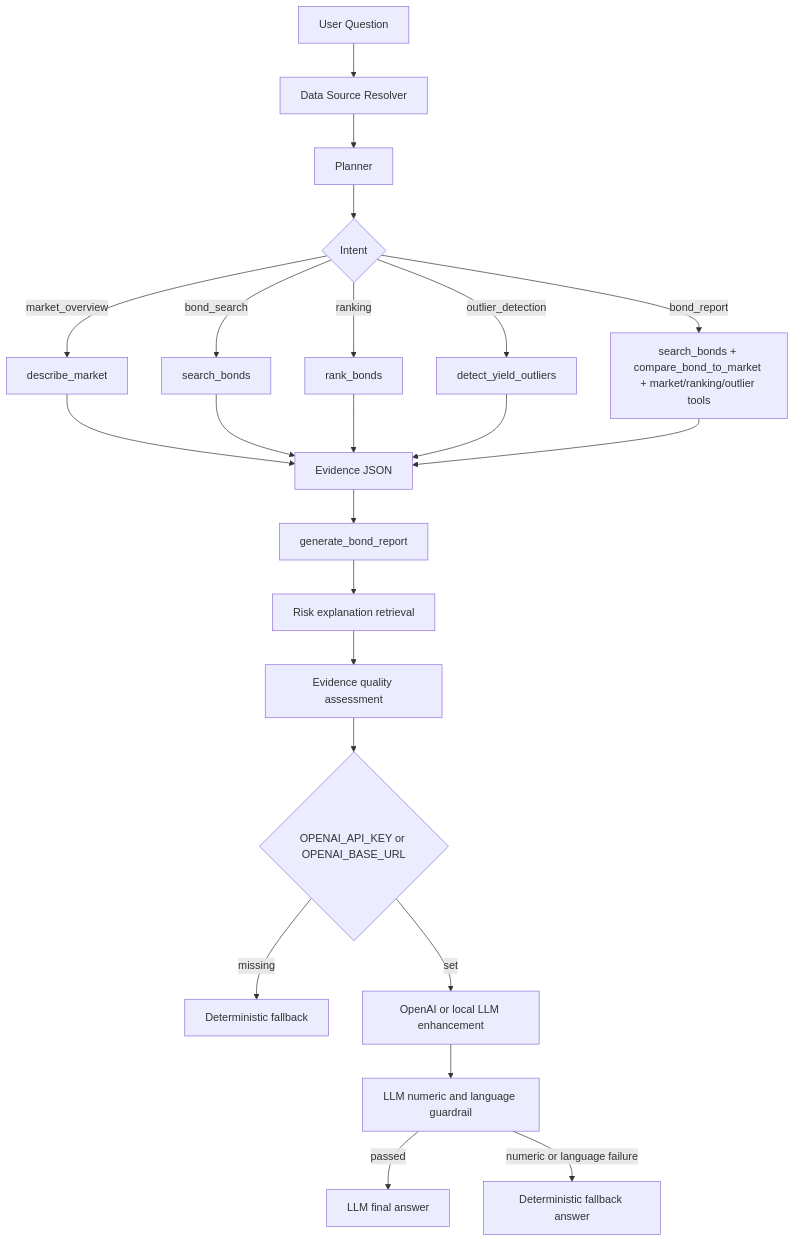
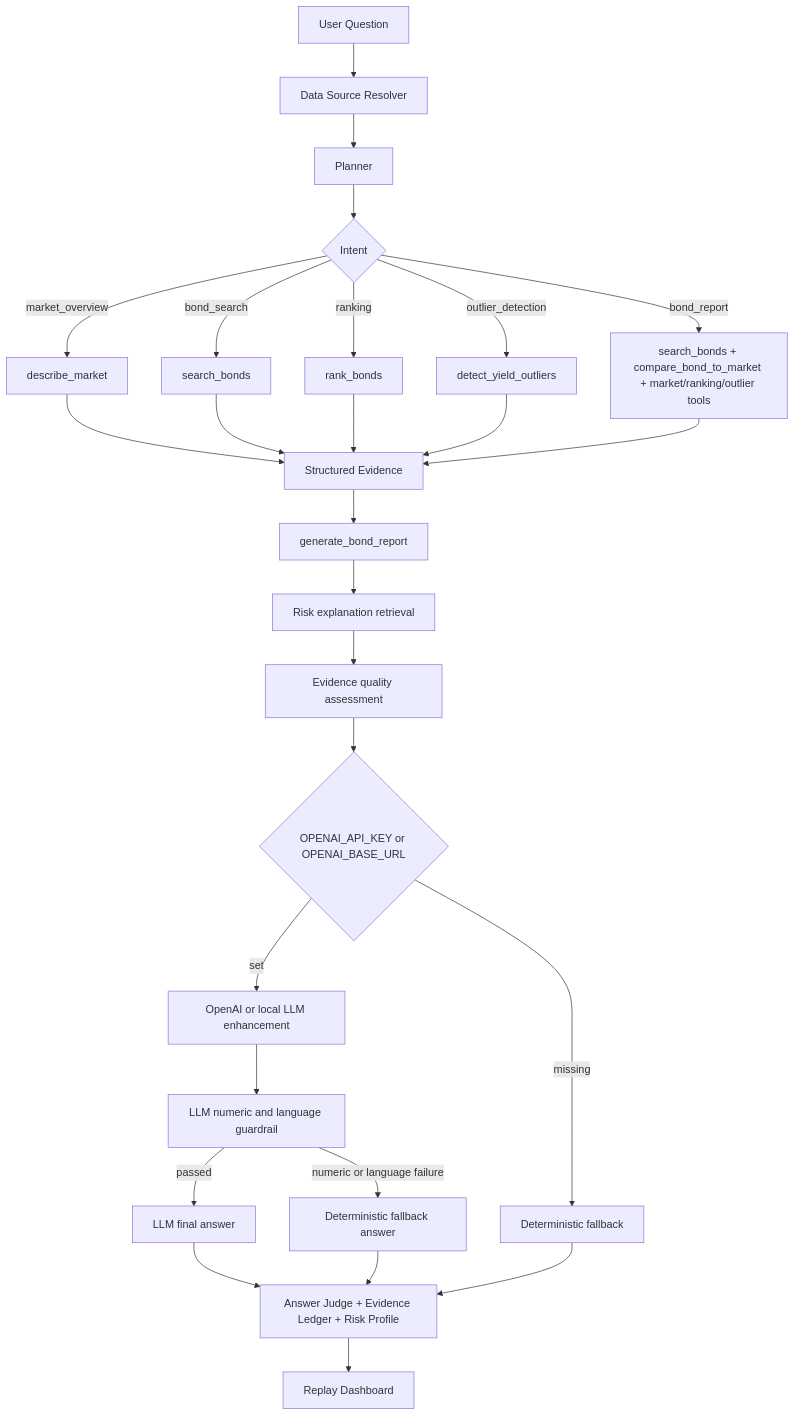
The diagram in README.md (Phoenix0531-sudo/bondlens-ai), drawn with Mermaid before and after one commit. The commit also changed other lines of this file and 21 other files, not shown here.

Commit message:
Add evidence ledger replay and risk profile

````diff
--- a/README.md
+++ b/README.md
@@ -74,25 +80,29 @@
 ```mermaid
 flowchart TD
     A[User Question] --> B[Data Source Resolver]
     B --> C[Planner]
     C --> D{Intent}
     D -->|market_overview| E[describe_market]
     D -->|bond_search| F[search_bonds]
     D -->|ranking| G[rank_bonds]
     D -->|outlier_detection| H[detect_yield_outliers]
     D -->|bond_report| I[search_bonds + compare_bond_to_market + market/ranking/outlier tools]
-    E --> J[Evidence JSON]
+    E --> J[Structured Evidence]
     F --> J
     G --> J
     H --> J
     I --> J
     J --> K[generate_bond_report]
     K --> L[Risk explanation retrieval]
     L --> M[Evidence quality assessment]
     M --> N{OPENAI_API_KEY or OPENAI_BASE_URL}
     N -->|missing| O[Deterministic fallback]
     N -->|set| P[OpenAI or local LLM enhancement]
     P --> Q[LLM numeric and language guardrail]
     Q -->|passed| R[LLM final answer]
     Q -->|numeric or language failure| S[Deterministic fallback answer]
+    R --> T[Answer Judge + Evidence Ledger + Risk Profile]
+    S --> T
+    O --> T
+    T --> U[Replay Dashboard]
 ```
````
